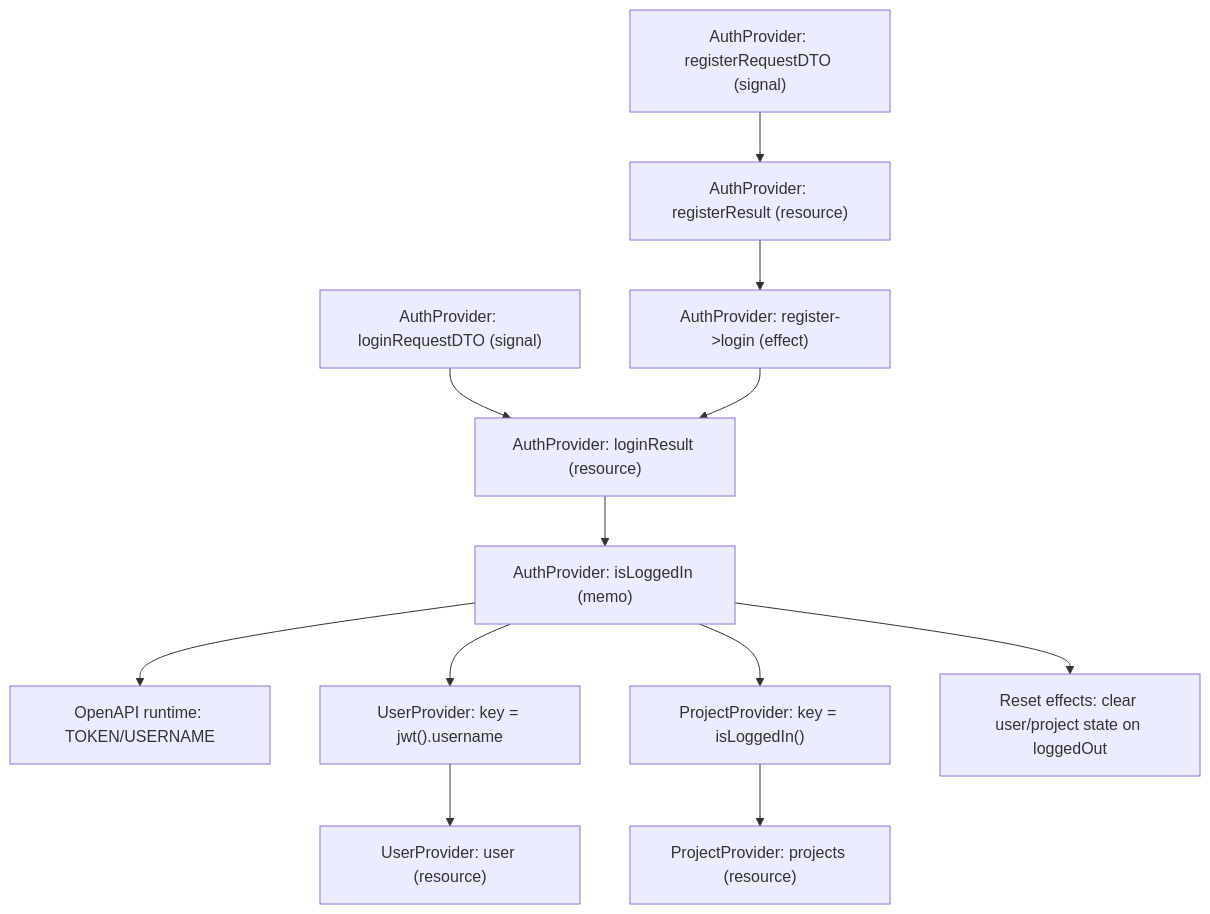
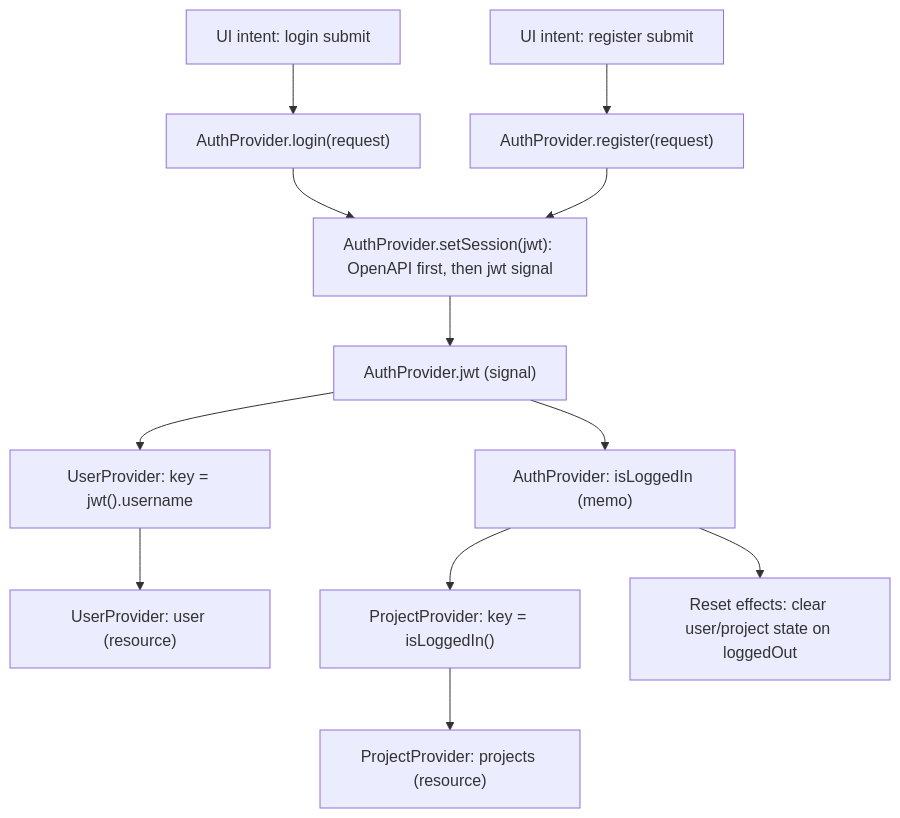
Before and after one commit to Jenga-PMS/Jenga-PMS.github.io: the third of 7 diagrams in docs/architecture/frontend/state_data_flow.md, drawn with Mermaid. The commit also changed other lines of this file and 2 other files, not shown here.

````diff
--- a/docs/architecture/frontend/state_data_flow.md
+++ b/docs/architecture/frontend/state_data_flow.md
@@ -125,18 +128,19 @@
 ```mermaid
 graph TD
-    loginReq["AuthProvider: loginRequestDTO (signal)"] --> loginRes["AuthProvider: loginResult (resource)"]
-    regReq["AuthProvider: registerRequestDTO (signal)"] --> regRes["AuthProvider: registerResult (resource)"]
-    regRes --> autoLogin["AuthProvider: register->login (effect)"]
-    autoLogin --> loginRes
+    loginUI["UI intent: login submit"] --> loginAction["AuthProvider.login(request)"]
+    registerUI["UI intent: register submit"] --> registerAction["AuthProvider.register(request)"]
 
-    loginRes --> loggedIn["AuthProvider: isLoggedIn (memo)"]
-    loggedIn --> openapi["OpenAPI runtime: TOKEN/USERNAME"]
+    loginAction --> setSession["AuthProvider.setSession(jwt): OpenAPI first, then jwt signal"]
+    registerAction --> setSession
 
-    loggedIn --> userKey["UserProvider: key = jwt().username"]
+    setSession --> jwtState["AuthProvider.jwt (signal)"]
+    jwtState --> loggedIn["AuthProvider: isLoggedIn (memo)"]
+
+    jwtState --> userKey["UserProvider: key = jwt().username"]
     userKey --> userRes["UserProvider: user (resource)"]
 
     loggedIn --> projectsKey["ProjectProvider: key = isLoggedIn()"]
     projectsKey --> projectsRes["ProjectProvider: projects (resource)"]
 
     loggedIn --> resetDomain["Reset effects: clear user/project state on loggedOut"]
 ```
````
